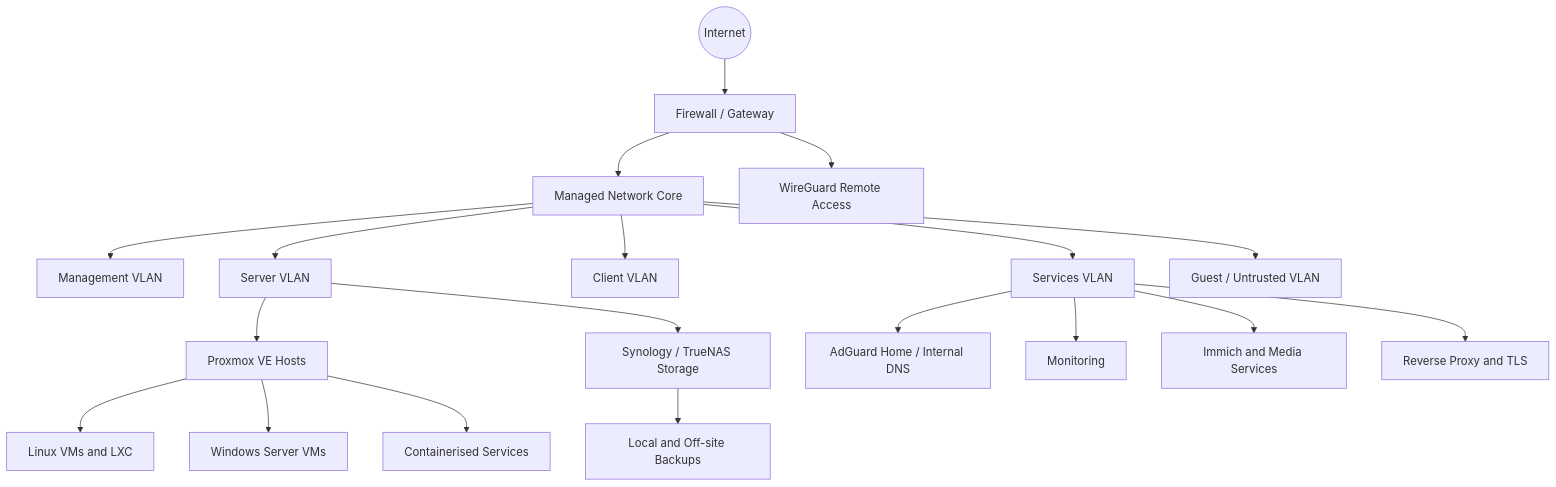
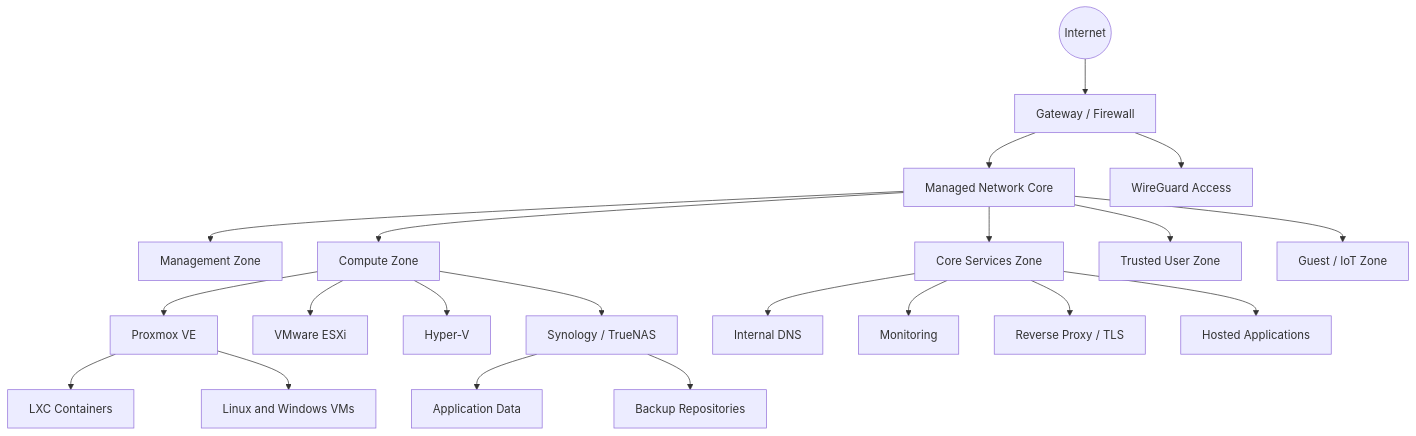
One commit to ewantc98/portfolio changed the diagram in README.md. Above: the diagram before and after it, drawn with Mermaid. The commit also changed other lines of this file, not shown here.

````diff
--- a/README.md
+++ b/README.md
@@ -36,26 +84,28 @@
 ```mermaid
 flowchart TB
-    Internet((Internet)) --> Gateway[Firewall / Gateway]
-    Gateway --> Core[Managed Network Core]
+    WAN((Internet)) --> EDGE[Gateway / Firewall]
+    EDGE --> CORE[Managed Network Core]
 
-    Core --> Mgmt[Management VLAN]
-    Core --> Servers[Server VLAN]
-    Core --> Clients[Client VLAN]
-    Core --> Services[Services VLAN]
-    Core --> Guest[Guest / Untrusted VLAN]
+    CORE --> MGMT[Management Zone]
+    CORE --> COMPUTE[Compute Zone]
+    CORE --> SERVICES[Core Services Zone]
+    CORE --> USERS[Trusted User Zone]
+    CORE --> UNTRUSTED[Guest / IoT Zone]
 
-    Servers --> PVE[Proxmox VE Hosts]
-    Servers --> NAS[Synology / TrueNAS Storage]
+    COMPUTE --> PVE[Proxmox VE]
+    COMPUTE --> ESXI[VMware ESXi]
+    COMPUTE --> HYPERV[Hyper-V]
+    COMPUTE --> NAS[Synology / TrueNAS]
 
-    PVE --> Linux[Linux VMs and LXC]
-    PVE --> Windows[Windows Server VMs]
-    PVE --> Containers[Containerised Services]
+    PVE --> LXCS[LXC Containers]
+    PVE --> VMS[Linux and Windows VMs]
 
-    Services --> DNS[AdGuard Home / Internal DNS]
-    Services --> Monitor[Monitoring]
-    Services --> Media[Immich and Media Services]
-    Services --> Proxy[Reverse Proxy and TLS]
+    SERVICES --> DNS[Internal DNS]
+    SERVICES --> MON[Monitoring]
+    SERVICES --> PROXY[Reverse Proxy / TLS]
+    SERVICES --> APPS[Hosted Applications]
 
-    NAS --> Backup[Local and Off-site Backups]
-    Gateway --> VPN[WireGuard Remote Access]
+    NAS --> DATA[Application Data]
+    NAS --> BACKUPS[Backup Repositories]
+    EDGE --> VPN[WireGuard Access]
 ```
````
